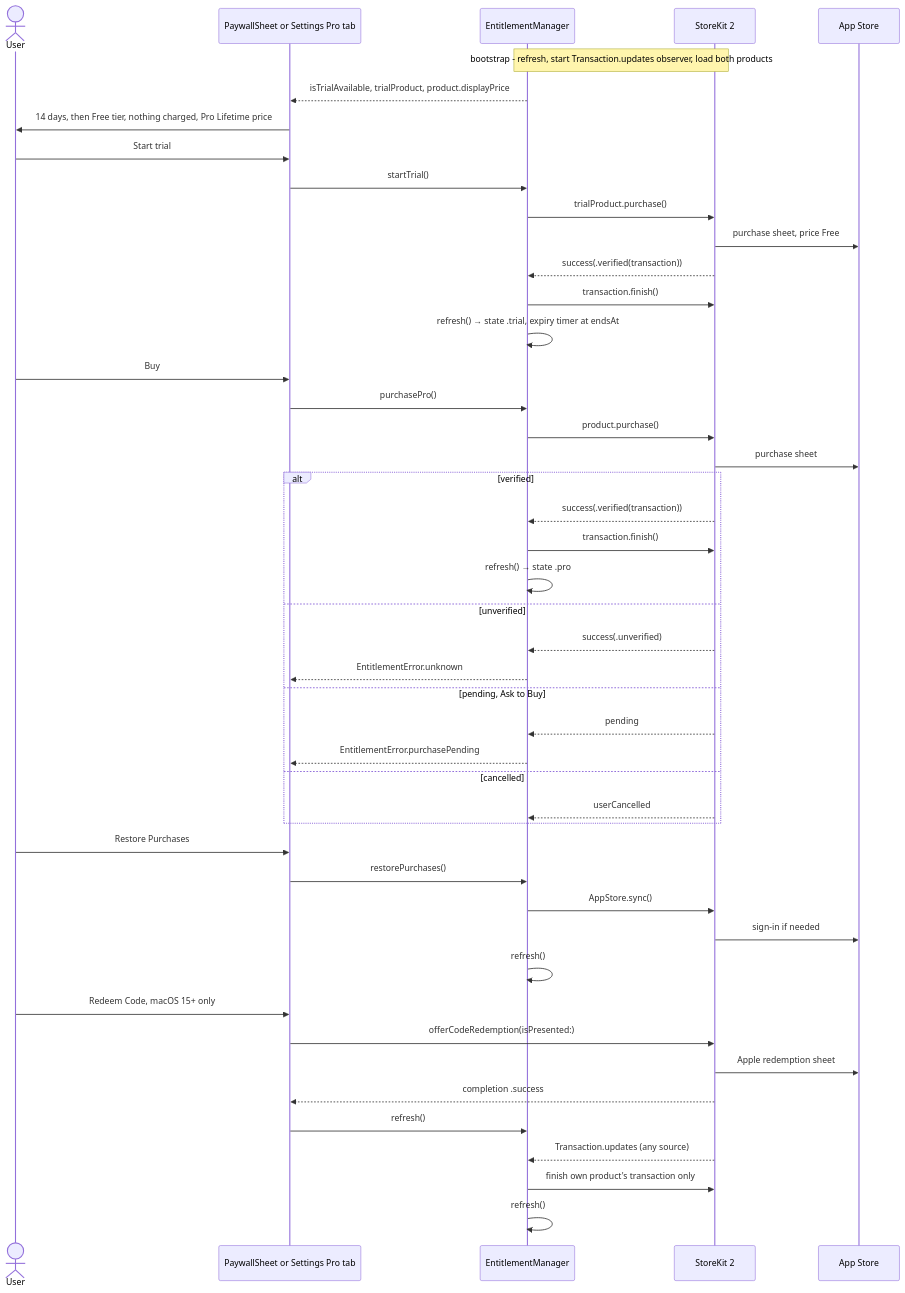
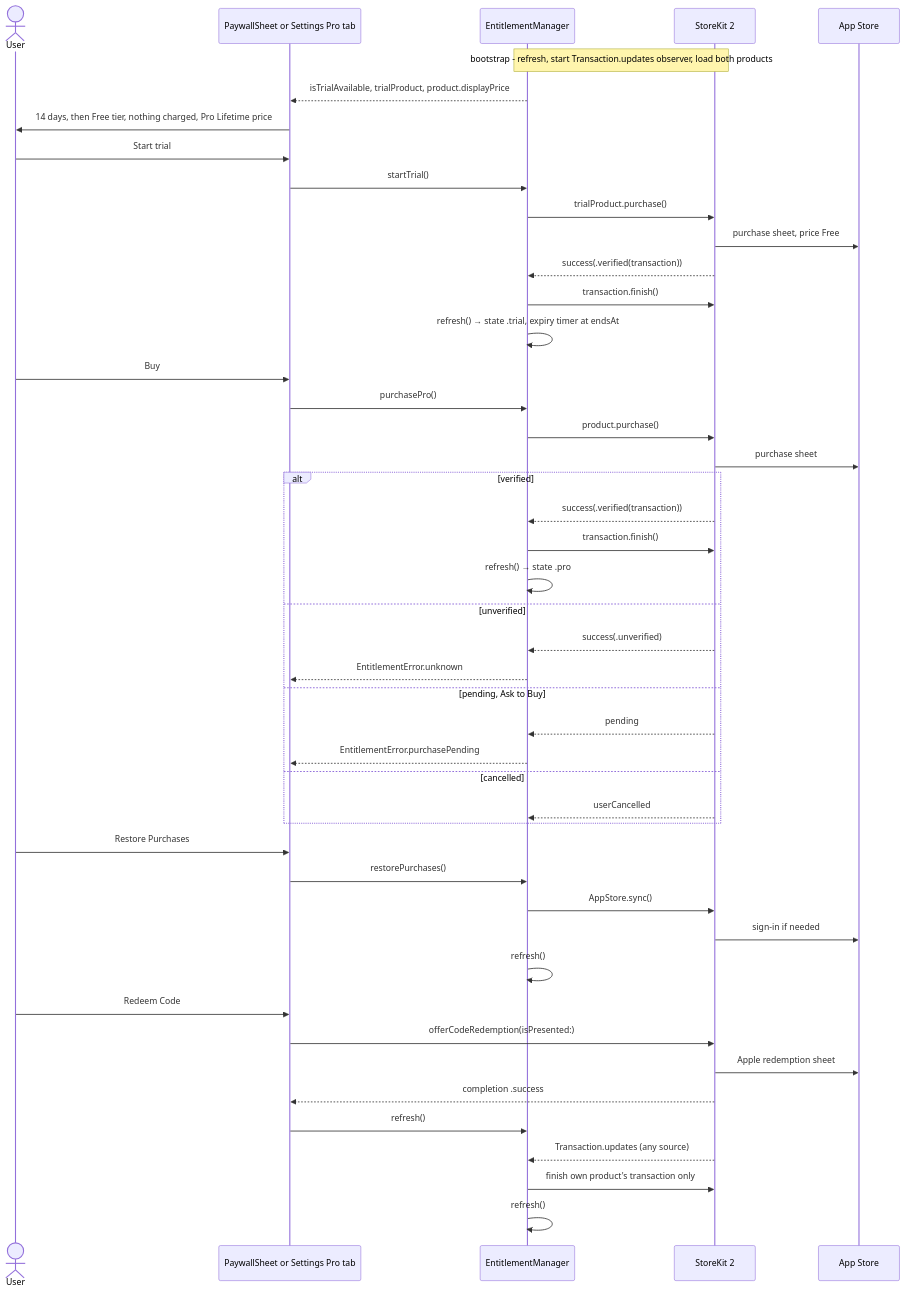
One commit to digitalfreedom-co-za/bucketeer changed diagram 13 of 20 in docs/ARCHITECTURE.md. Above: the diagram before and after it, drawn with Mermaid. The commit also changed other lines of this file and 26 other files, not shown here.

````diff
--- a/docs/ARCHITECTURE.md
+++ b/docs/ARCHITECTURE.md
@@ -728,53 +727,53 @@
 ```mermaid
 sequenceDiagram
     actor User
     participant Pay as PaywallSheet or Settings Pro tab
     participant Ent as EntitlementManager
     participant SK as StoreKit 2
     participant Apple as App Store
 
     Note over Ent, SK: bootstrap - refresh, start Transaction.updates observer, load both products
     Ent-->>Pay: isTrialAvailable, trialProduct, product.displayPrice
     Pay->>User: 14 days, then Free tier, nothing charged, Pro Lifetime price
     User->>Pay: Start trial
     Pay->>Ent: startTrial()
     Ent->>SK: trialProduct.purchase()
     SK->>Apple: purchase sheet, price Free
     SK-->>Ent: success(.verified(transaction))
     Ent->>SK: transaction.finish()
     Ent->>Ent: refresh() → state .trial, expiry timer at endsAt
 
     User->>Pay: Buy
     Pay->>Ent: purchasePro()
     Ent->>SK: product.purchase()
     SK->>Apple: purchase sheet
     alt verified
         SK-->>Ent: success(.verified(transaction))
         Ent->>SK: transaction.finish()
         Ent->>Ent: refresh() → state .pro
     else unverified
         SK-->>Ent: success(.unverified)
         Ent-->>Pay: EntitlementError.unknown
     else pending, Ask to Buy
         SK-->>Ent: pending
         Ent-->>Pay: EntitlementError.purchasePending
     else cancelled
         SK-->>Ent: userCancelled
     end
 
     User->>Pay: Restore Purchases
     Pay->>Ent: restorePurchases()
     Ent->>SK: AppStore.sync()
     SK->>Apple: sign-in if needed
     Ent->>Ent: refresh()
 
-    User->>Pay: Redeem Code, macOS 15+ only
+    User->>Pay: Redeem Code
     Pay->>SK: offerCodeRedemption(isPresented:)
     SK->>Apple: Apple redemption sheet
     SK-->>Pay: completion .success
     Pay->>Ent: refresh()
 
     SK-->>Ent: Transaction.updates (any source)
     Ent->>SK: finish own product's transaction only
     Ent->>Ent: refresh()
 ```
````
